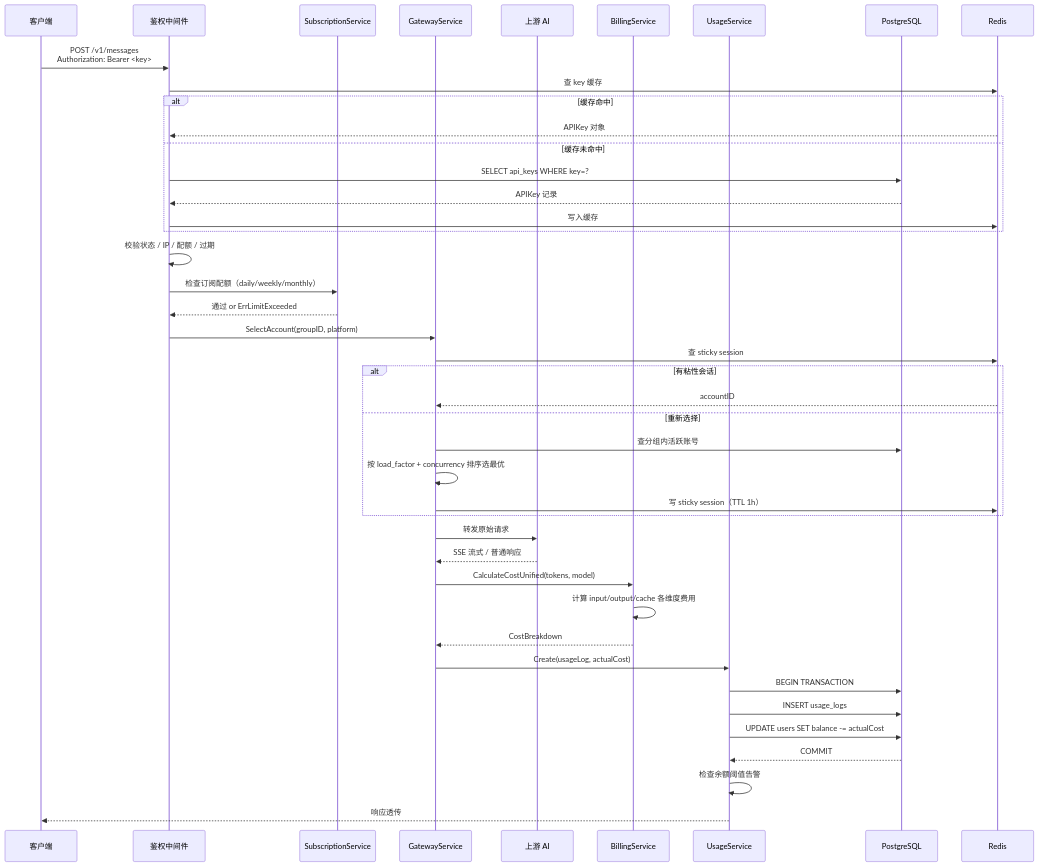
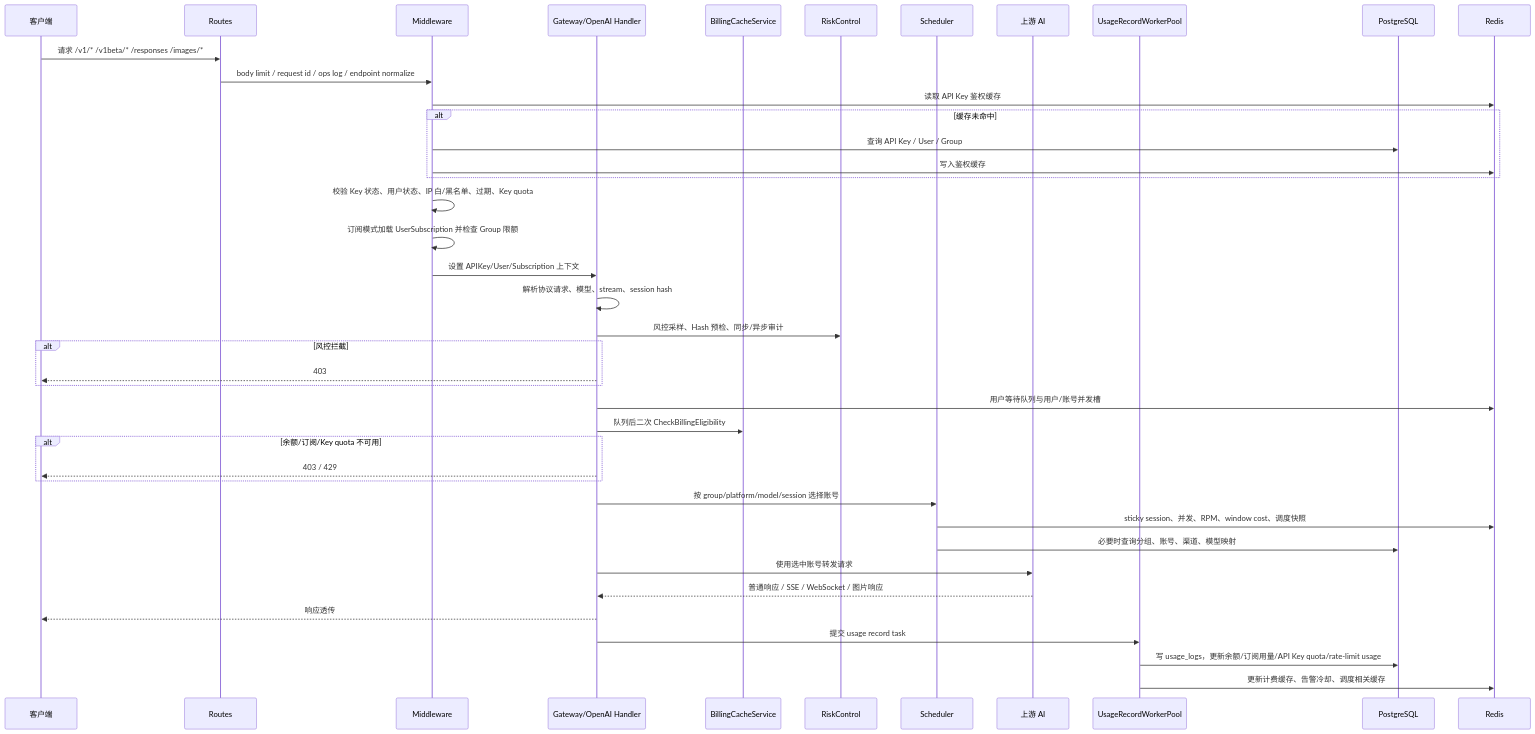
One commit to linshisancc/sub2api changed the second of 9 diagrams in docs/ARCHITECTURE.md. Above: the diagram before and after it, drawn with Mermaid. The commit also changed other lines of this file, not shown here.

Commit message:
docs: update architecture overview

````diff
--- a/docs/ARCHITECTURE.md
+++ b/docs/ARCHITECTURE.md
@@ -92,50 +124,46 @@
 ```mermaid
 sequenceDiagram
     participant C as 客户端
-    participant MW as 鉴权中间件
-    participant SS as SubscriptionService
-    participant GS as GatewayService
+    participant R as Routes
+    participant MW as Middleware
+    participant H as Gateway/OpenAI Handler
+    participant BC as BillingCacheService
+    participant RS as RiskControl
+    participant SCH as Scheduler
     participant UP as 上游 AI
-    participant BS as BillingService
-    participant US as UsageService
+    participant UW as UsageRecordWorkerPool
     participant DB as PostgreSQL
     participant RD as Redis
 
-    C->>MW: POST /v1/messages<br/>Authorization: Bearer <key>
-    MW->>RD: 查 key 缓存
-    alt 缓存命中
-        RD-->>MW: APIKey 对象
-    else 缓存未命中
-        MW->>DB: SELECT api_keys WHERE key=?
-        DB-->>MW: APIKey 记录
-        MW->>RD: 写入缓存
+    C->>R: 请求 /v1/* /v1beta/* /responses /images/*
+    R->>MW: body limit / request id / ops log / endpoint normalize
+    MW->>RD: 读取 API Key 鉴权缓存
+    alt 缓存未命中
+        MW->>DB: 查询 API Key / User / Group
+        MW->>RD: 写入鉴权缓存
     end
-    MW->>MW: 校验状态 / IP / 配额 / 过期
-    MW->>SS: 检查订阅配额（daily/weekly/monthly）
-    SS-->>MW: 通过 or ErrLimitExceeded
+    MW->>MW: 校验 Key 状态、用户状态、IP 白/黑名单、过期、Key quota
+    MW->>MW: 订阅模式加载 UserSubscription 并检查 Group 限额
+    MW->>H: 设置 APIKey/User/Subscription 上下文
 
-    MW->>GS: SelectAccount(groupID, platform)
-    GS->>RD: 查 sticky session
-    alt 有粘性会话
-        RD-->>GS: accountID
-    else 重新选择
-        GS->>DB: 查分组内活跃账号
-        GS->>GS: 按 load_factor + concurrency 排序选最优
-        GS->>RD: 写 sticky session（TTL 1h）
+    H->>H: 解析协议请求、模型、stream、session hash
+    H->>RS: 风控采样、Hash 预检、同步/异步审计
+    alt 风控拦截
+        H-->>C: 403
     end
+    H->>RD: 用户等待队列与用户/账号并发槽
+    H->>BC: 队列后二次 CheckBillingEligibility
+    alt 余额/订阅/Key quota 不可用
+        H-->>C: 403 / 429
+    end
+    H->>SCH: 按 group/platform/model/session 选择账号
+    SCH->>RD: sticky session、并发、RPM、window cost、调度快照
+    SCH->>DB: 必要时查询分组、账号、渠道、模型映射
+    H->>UP: 使用选中账号转发请求
+    UP-->>H: 普通响应 / SSE / WebSocket / 图片响应
+    H-->>C: 响应透传
 
-    GS->>UP: 转发原始请求
-    UP-->>GS: SSE 流式 / 普通响应
-
-    GS->>BS: CalculateCostUnified(tokens, model)
-    BS->>BS: 计算 input/output/cache 各维度费用
-    BS-->>GS: CostBreakdown
-
-    GS->>US: Create(usageLog, actualCost)
-    US->>DB: BEGIN TRANSACTION
-    US->>DB: INSERT usage_logs
-    US->>DB: UPDATE users SET balance -= actualCost
-    DB-->>US: COMMIT
-    US->>US: 检查余额阈值告警
-    US-->>C: 响应透传
+    H->>UW: 提交 usage record task
+    UW->>DB: 写 usage_logs，更新余额/订阅用量/API Key quota/rate-limit usage
+    UW->>RD: 更新计费缓存、告警冷却、调度相关缓存
 ```
````
